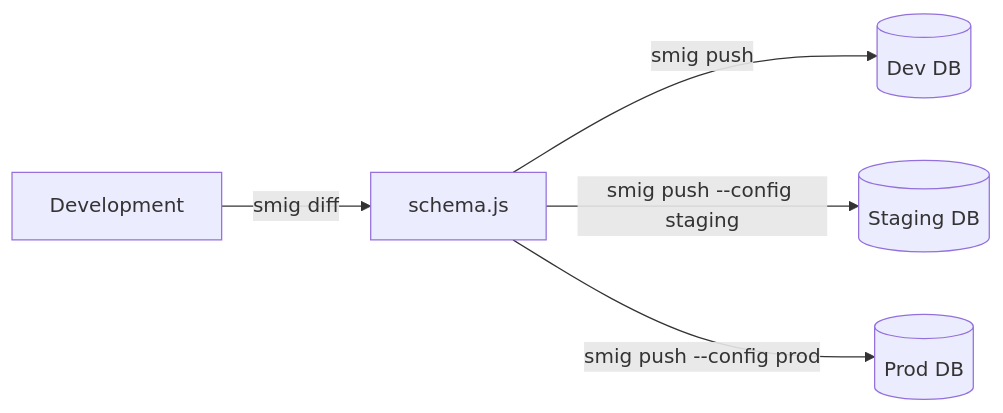
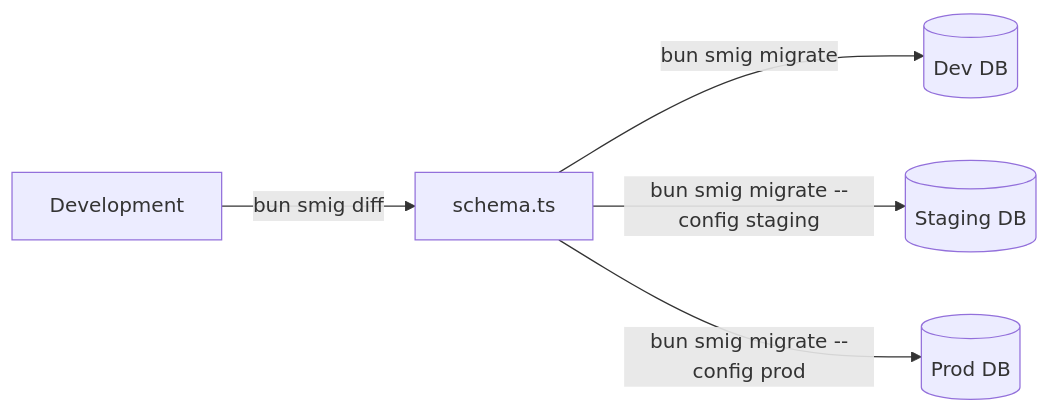
Before and after one commit to kathysledge/smig: the diagram in docs/guides/multi-environment.md, drawn with Mermaid. The commit also changed other lines of this file and 125 other files, not shown here.

````diff
--- a/docs/guides/multi-environment.md
+++ b/docs/guides/multi-environment.md
@@ -181,7 +185,7 @@
 ```mermaid
 flowchart LR
-    Dev[Development] --> |"smig diff"| Schema[schema.js]
-    Schema --> |"smig push"| DevDB[(Dev DB)]
-    Schema --> |"smig push --config staging"| StagingDB[(Staging DB)]
-    Schema --> |"smig push --config prod"| ProdDB[(Prod DB)]
+    Dev[Development] --> |"bun smig diff"| Schema[schema.ts]
+    Schema --> |"bun smig migrate"| DevDB[(Dev DB)]
+    Schema --> |"bun smig migrate --config staging"| StagingDB[(Staging DB)]
+    Schema --> |"bun smig migrate --config prod"| ProdDB[(Prod DB)]
 ```
````
